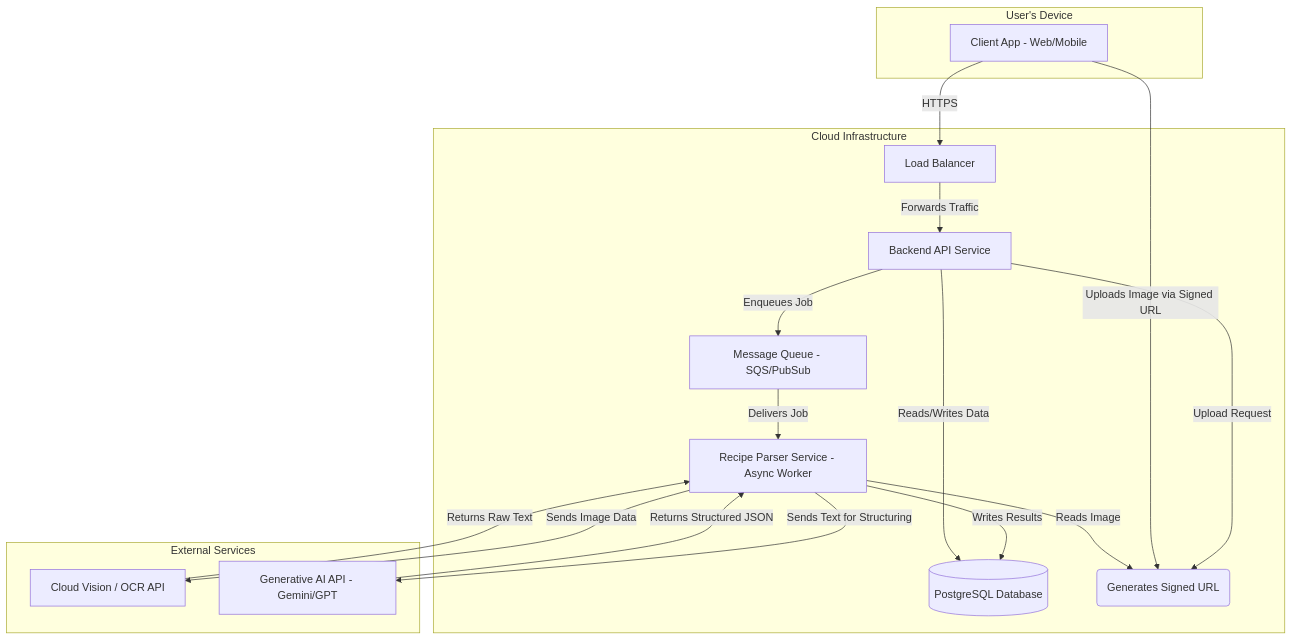
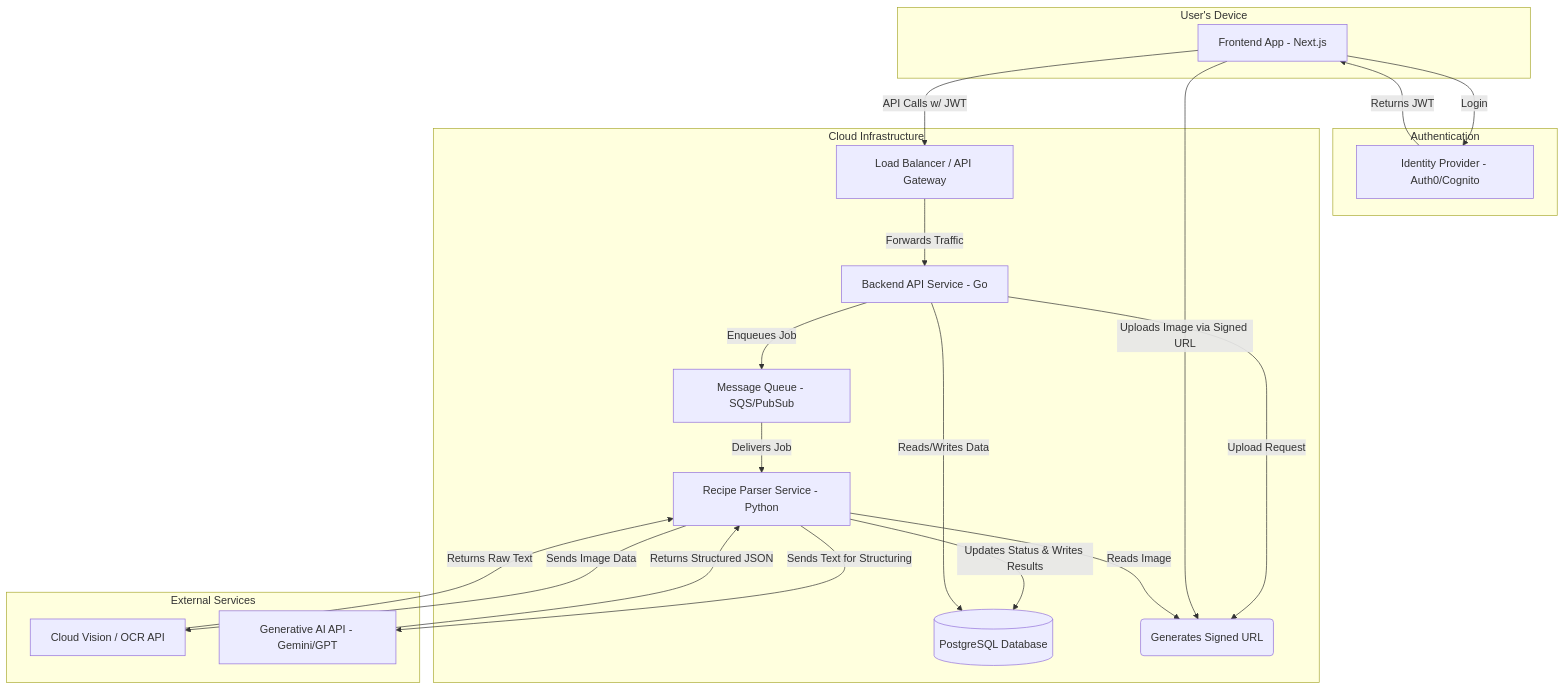
The first of 2 diagrams in adr.md (filipespc/digital-recipes), drawn with Mermaid before and after one commit. The commit also changed other lines of this file, not shown here.

First line of the commit message:
feat: enhance ADR with comprehensive frontend architecture decisions

````diff
--- a/adr.md
+++ b/adr.md
@@ -23,38 +22,44 @@
 ```mermaid
 graph TD
     subgraph User's Device
-        Client[Client App - Web/Mobile]
+        Frontend[Frontend App - Next.js]
+    end
+
+    subgraph Authentication
+        IdP[Identity Provider - Auth0/Cognito]
     end
 
     subgraph Cloud Infrastructure
-        LB[Load Balancer]
-        API[Backend API Service]
-        Parser[Recipe Parser Service - Async Worker]
+        LB[Load Balancer / API Gateway]
+        API[Backend API Service - Go]
+        Parser[Recipe Parser Service - Python]
         DB[(PostgreSQL Database)]
         Store[Object Storage - S3/GCS]
         Queue[Message Queue - SQS/PubSub]
     end
 
     subgraph External Services
         OCR[Cloud Vision / OCR API]
         LLM[Generative AI API - Gemini/GPT]
     end
 
-    Client -- HTTPS --> LB
+    Frontend -- Login --> IdP
+    IdP -- Returns JWT --> Frontend
+    Frontend -- API Calls w/ JWT --> LB
     LB -- Forwards Traffic --> API
 
     API -- Upload Request --> Store(Generates Signed URL)
-    Client -- Uploads Image via Signed URL --> Store
+    Frontend -- Uploads Image via Signed URL --> Store
 
     API -- Enqueues Job --> Queue
     Queue -- Delivers Job --> Parser
 
     Parser -- Reads Image --> Store
     Parser -- Sends Image Data --> OCR
     OCR -- Returns Raw Text --> Parser
     Parser -- Sends Text for Structuring --> LLM
     LLM -- Returns Structured JSON --> Parser
 
-    Parser -- Writes Results --> DB
+    Parser -- Updates Status & Writes Results --> DB
     API -- Reads/Writes Data --> DB
 ```
````
